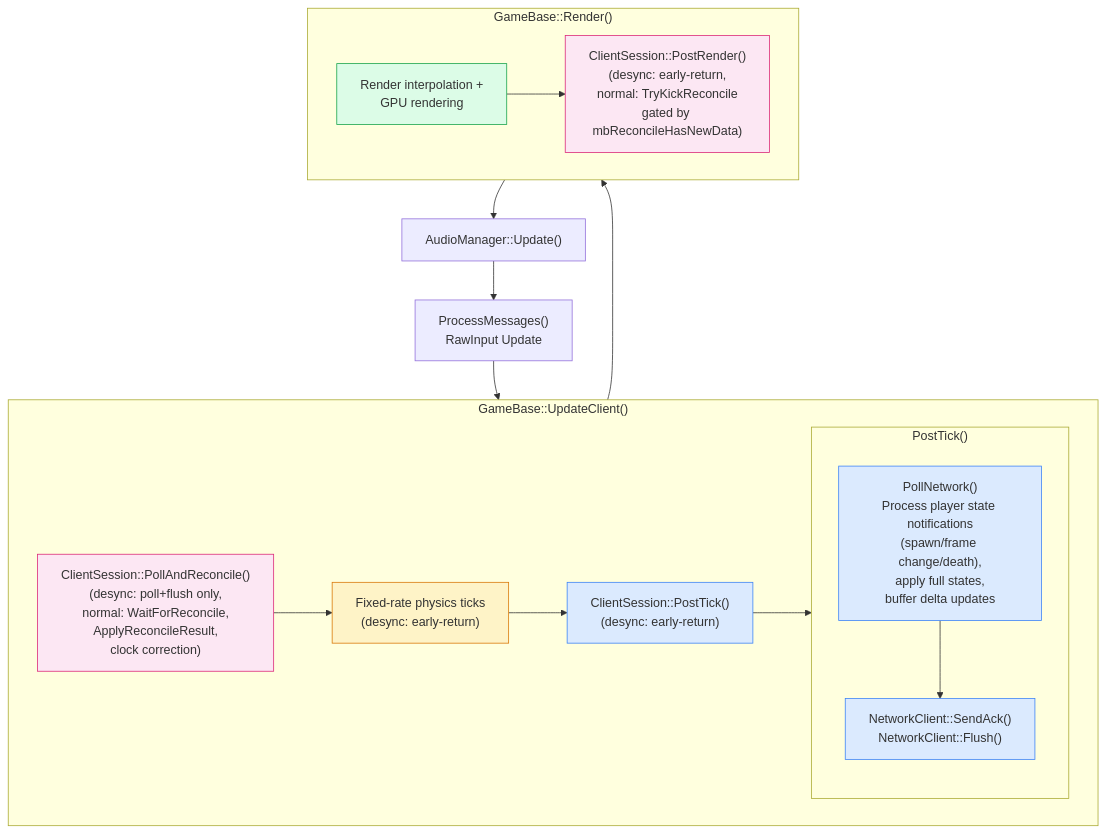
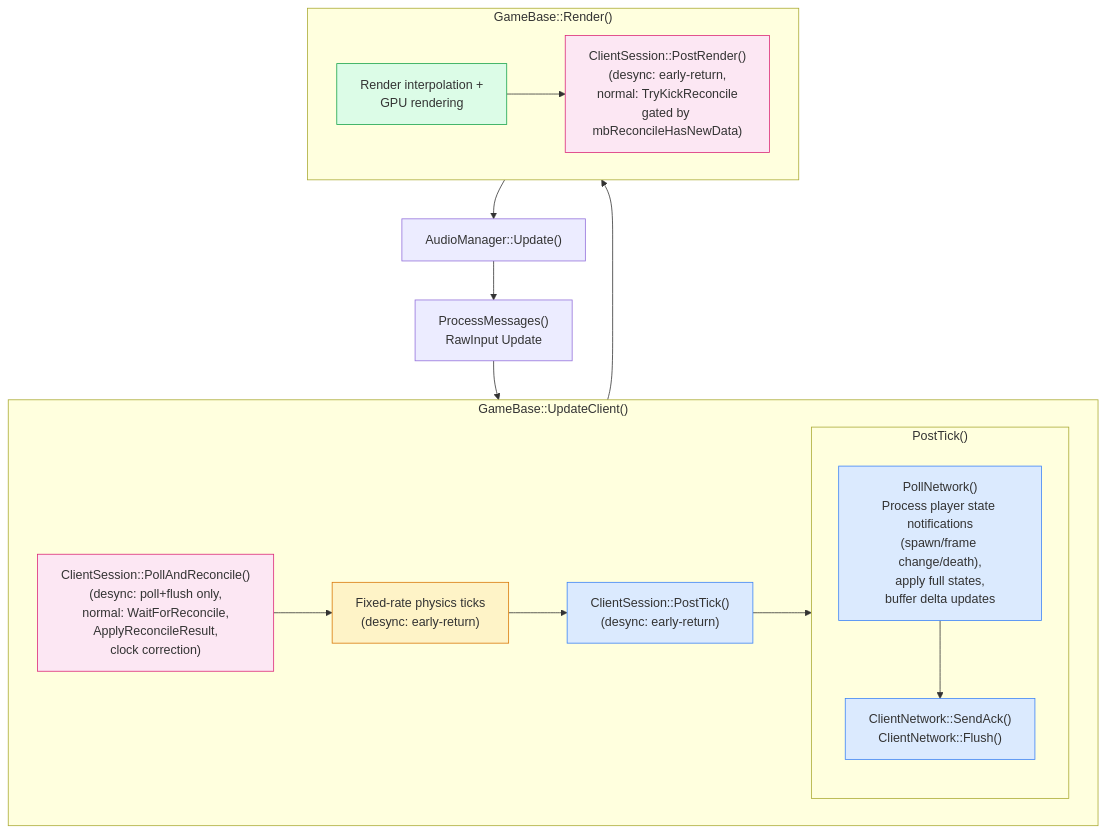
One commit to DougTanner/BrokenEnginePublic changed the third of 4 diagrams in Documents/Architecture/GameReconciliation.md. Above: the diagram before and after it, drawn with Mermaid. The commit also changed other lines of this file and 66 other files, not shown here.

````diff
--- a/Documents/Architecture/GameReconciliation.md
+++ b/Documents/Architecture/GameReconciliation.md
@@ -83,37 +83,37 @@
 ```mermaid
 %%{init: {'theme': 'default'}}%%
 flowchart TD
     classDef network fill:#dbeafe,stroke:#3b82f6
     classDef physics fill:#fef3c7,stroke:#d97706
     classDef render fill:#dcfce7,stroke:#16a34a
     classDef reconcile fill:#fce7f3,stroke:#db2777
 
     MSG["ProcessMessages()<br/>RawInput Update"] --> TICK_FRAMES
 
     subgraph TICK_FRAMES ["GameBase::UpdateClient()"]
         POLL_RECONCILE["ClientSession::PollAndReconcile()<br/>(desync: poll+flush only,<br/>normal: WaitForReconcile,<br/>ApplyReconcileResult,<br/>clock correction)"]:::reconcile
 
         PHYSICS["Fixed-rate physics ticks<br/>(desync: early-return)"]:::physics
 
         POST_TICK["ClientSession::PostTick()<br/>(desync: early-return)"]:::network
 
         subgraph post_tick_detail ["PostTick()"]
             POLL["PollNetwork()<br/>Process player state notifications<br/>(spawn/frame change/death),<br/>apply full states,<br/>buffer delta updates"]:::network
-            SEND["NetworkClient::SendAck()<br/>NetworkClient::Flush()"]:::network
+            SEND["ClientNetwork::SendAck()<br/>ClientNetwork::Flush()"]:::network
             POLL --> SEND
         end
 
         POLL_RECONCILE --> PHYSICS --> POST_TICK --> post_tick_detail
     end
 
     subgraph RENDER_METHOD ["GameBase::Render()"]
         RENDER["Render interpolation +<br/>GPU rendering"]:::render
         POST_RENDER["ClientSession::PostRender()<br/>(desync: early-return,<br/>normal: TryKickReconcile<br/>gated by mbReconcileHasNewData)"]:::reconcile
         RENDER --> POST_RENDER
     end
 
     AUDIO["AudioManager::Update()"]
 
     TICK_FRAMES --> RENDER_METHOD --> AUDIO
     AUDIO --> MSG
 ```
````
